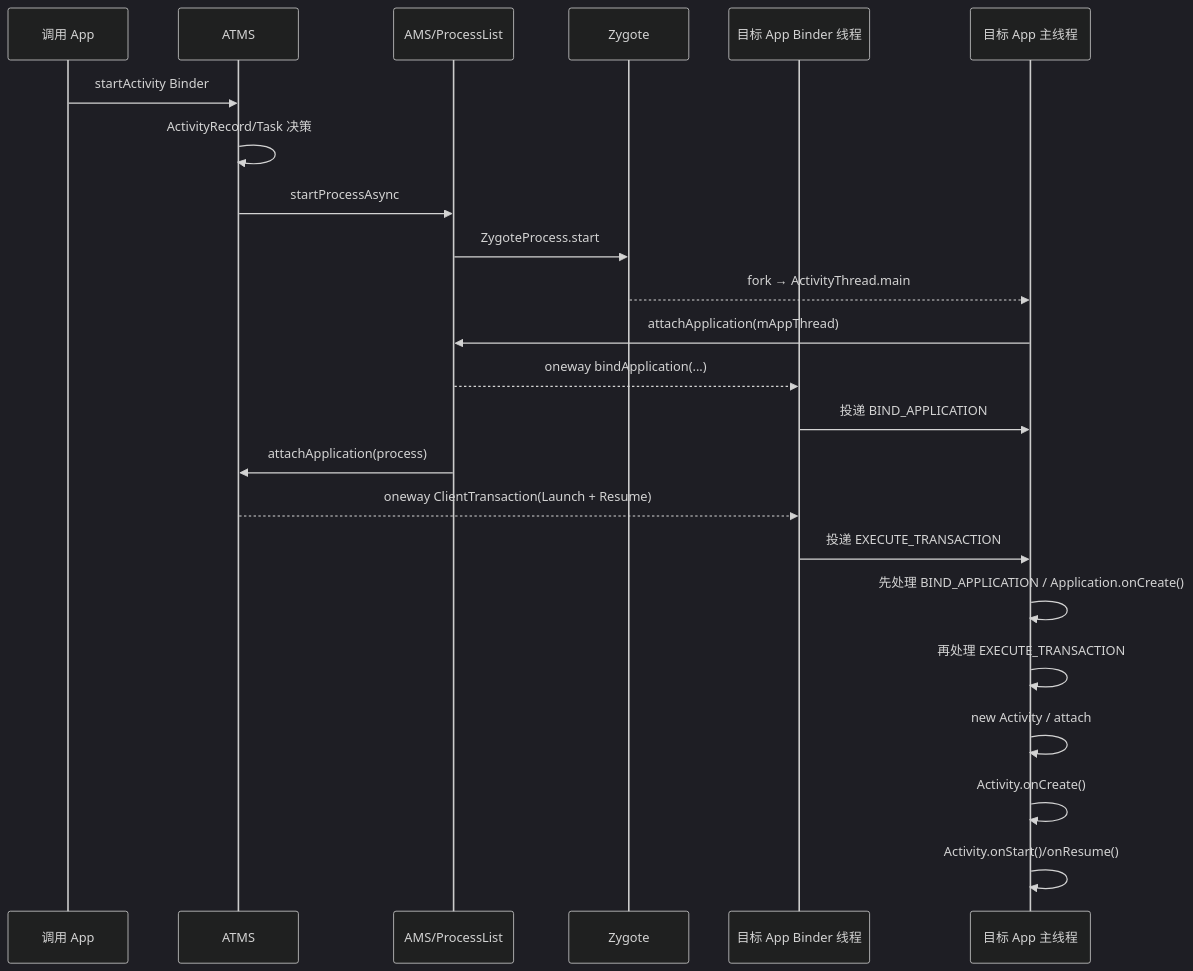
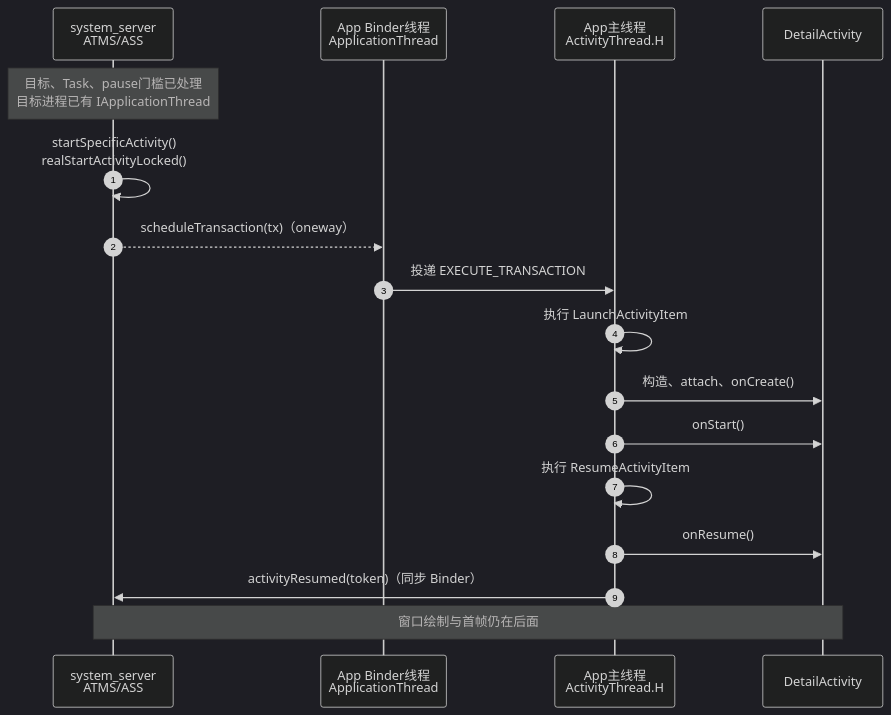
The diagram in Android源码学习/10-Activity启动流程之目标进程与生命周期.md (junyingzhao001/StudyNotes), drawn with Mermaid (dark theme) before and after one commit. The commit also changed other lines of this file and 93 other files, not shown here.

````diff
--- a/Android源码学习/10-Activity启动流程之目标进程与生命周期.md
+++ b/Android源码学习/10-Activity启动流程之目标进程与生命周期.md
@@ -968,26 +57,20 @@
 ```mermaid
 sequenceDiagram
-    participant Caller as 调用 App
-    participant ATMS as ATMS
-    participant AMS as AMS/ProcessList
-    participant Z as Zygote
-    participant BinderT as 目标 App Binder 线程
-    participant Main as 目标 App 主线程
+    autonumber
+    participant ATMS as system_server<br/>ATMS/ASS
+    participant Binder as App Binder线程<br/>ApplicationThread
+    participant H as App主线程<br/>ActivityThread.H
+    participant Detail as DetailActivity
 
-    Caller->>ATMS: startActivity Binder
-    ATMS->>ATMS: ActivityRecord/Task 决策
-    ATMS->>AMS: startProcessAsync
-    AMS->>Z: ZygoteProcess.start
-    Z-->>Main: fork → ActivityThread.main
-    Main->>AMS: attachApplication(mAppThread)
-    AMS-->>BinderT: oneway bindApplication(...)
-    BinderT->>Main: 投递 BIND_APPLICATION
-    AMS->>ATMS: attachApplication(process)
-    ATMS-->>BinderT: oneway ClientTransaction(Launch + Resume)
-    BinderT->>Main: 投递 EXECUTE_TRANSACTION
-    Main->>Main: 先处理 BIND_APPLICATION / Application.onCreate()
-    Main->>Main: 再处理 EXECUTE_TRANSACTION
-    Main->>Main: new Activity / attach
-    Main->>Main: Activity.onCreate()
-    Main->>Main: Activity.onStart()/onResume()
+    Note over ATMS: 目标、Task、pause门槛已处理<br/>目标进程已有 IApplicationThread
+    ATMS->>ATMS: startSpecificActivity()<br/>realStartActivityLocked()
+    ATMS-->>Binder: scheduleTransaction(tx)（oneway）
+    Binder->>H: 投递 EXECUTE_TRANSACTION
+    H->>H: 执行 LaunchActivityItem
+    H->>Detail: 构造、attach、onCreate()
+    H->>Detail: onStart()
+    H->>H: 执行 ResumeActivityItem
+    H->>Detail: onResume()
+    H->>ATMS: activityResumed(token)（同步 Binder）
+    Note over Detail,ATMS: 窗口绘制与首帧仍在后面
 ```
````
